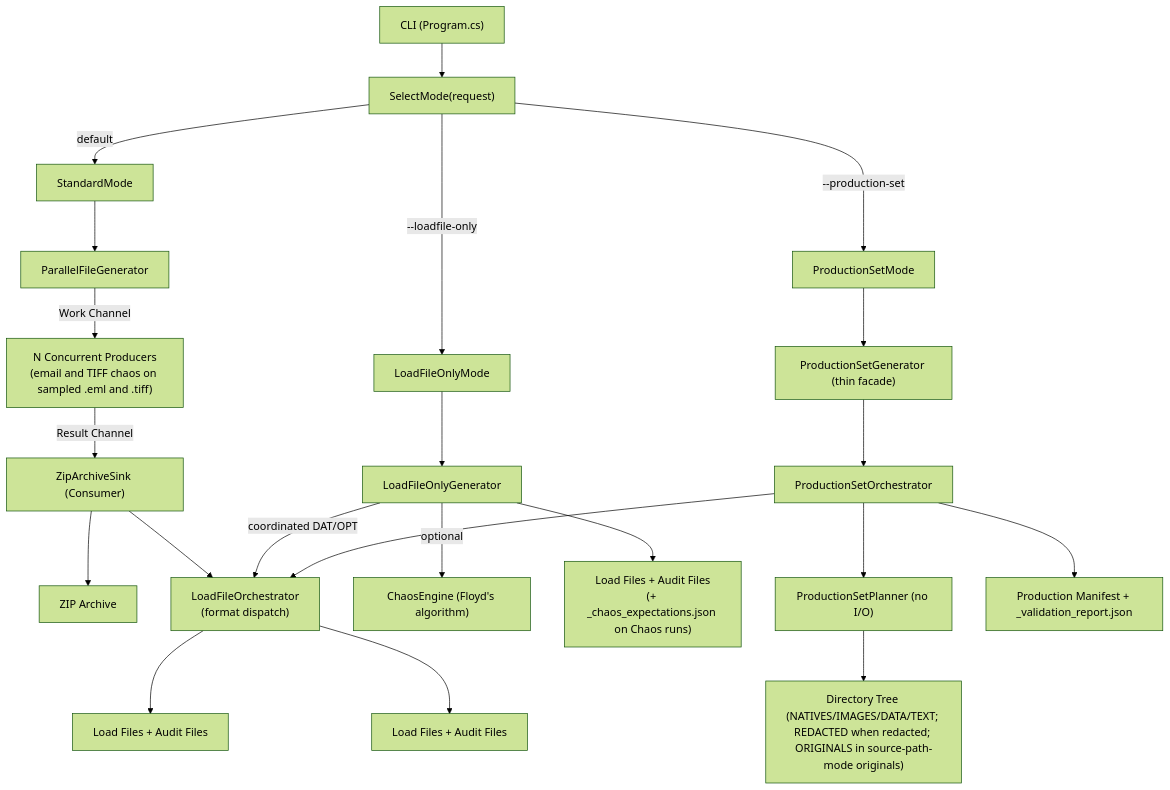
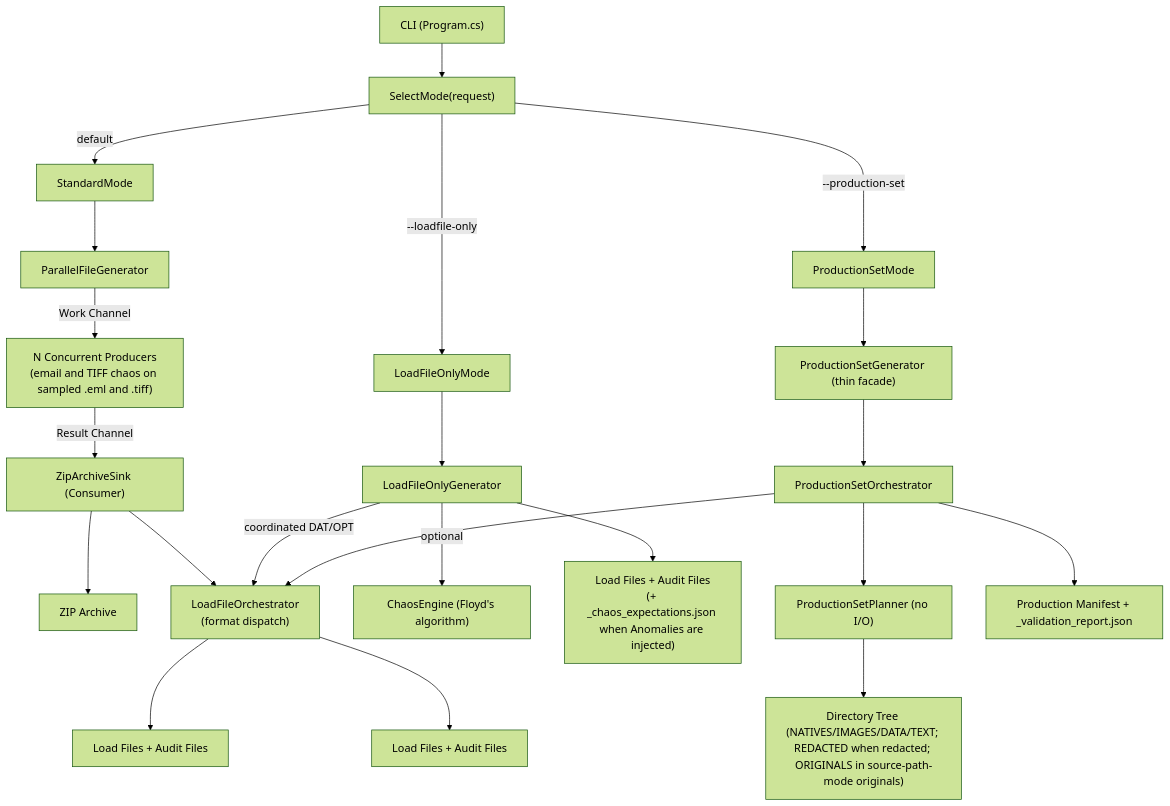
Before and after one commit to dwojtaszek/zipper: the first of 3 diagrams in docs/architecture.md, drawn with Mermaid (forest theme). The commit also changed other lines of this file and 11 other files, not shown here.

````diff
--- a/docs/architecture.md
+++ b/docs/architecture.md
@@ -46,28 +46,28 @@
 ```mermaid
 graph TD
     CLI["CLI (Program.cs)"]
     CLI --> SelectMode["SelectMode(request)"]
     SelectMode -->|"default"| StandardMode["StandardMode"]
     SelectMode -->|"--loadfile-only"| LoadFileOnlyMode["LoadFileOnlyMode"]
     SelectMode -->|"--production-set"| ProductionSetMode["ProductionSetMode"]
 
     StandardMode --> PFG["ParallelFileGenerator"]
     PFG -->|"Work Channel"| Producers["N Concurrent Producers<br/>(email and TIFF chaos on sampled .eml and .tiff)"]
     Producers -->|"Result Channel"| ZAS["ZipArchiveSink (Consumer)"]
     ZAS --> ZIP["ZIP Archive"]
     ZAS --> LFO["LoadFileOrchestrator<br/>(format dispatch)"]
     LFO --> LF1["Load Files + Audit Files"]
 
     LoadFileOnlyMode --> LOG["LoadFileOnlyGenerator"]
     LOG -->|"optional"| Chaos["ChaosEngine (Floyd's algorithm)"]
-    LOG --> LF2["Load Files + Audit Files<br/>(+ _chaos_expectations.json on Chaos runs)"]
+    LOG --> LF2["Load Files + Audit Files<br/>(+ _chaos_expectations.json when Anomalies are injected)"]
     LOG -->|"coordinated DAT/OPT"| LFO
 
     ProductionSetMode --> PSG["ProductionSetGenerator (thin facade)"]
     PSG --> PSO["ProductionSetOrchestrator"]
     PSO --> PSP["ProductionSetPlanner (no I/O)"]
     PSP --> Tree["Directory Tree (NATIVES/IMAGES/DATA/TEXT; REDACTED when redacted; ORIGINALS in source-path-mode originals)"]
     PSO --> LFO
     LFO --> LF3["Load Files + Audit Files"]
     PSO --> Manifest["Production Manifest + _validation_report.json"]
 ```
````
